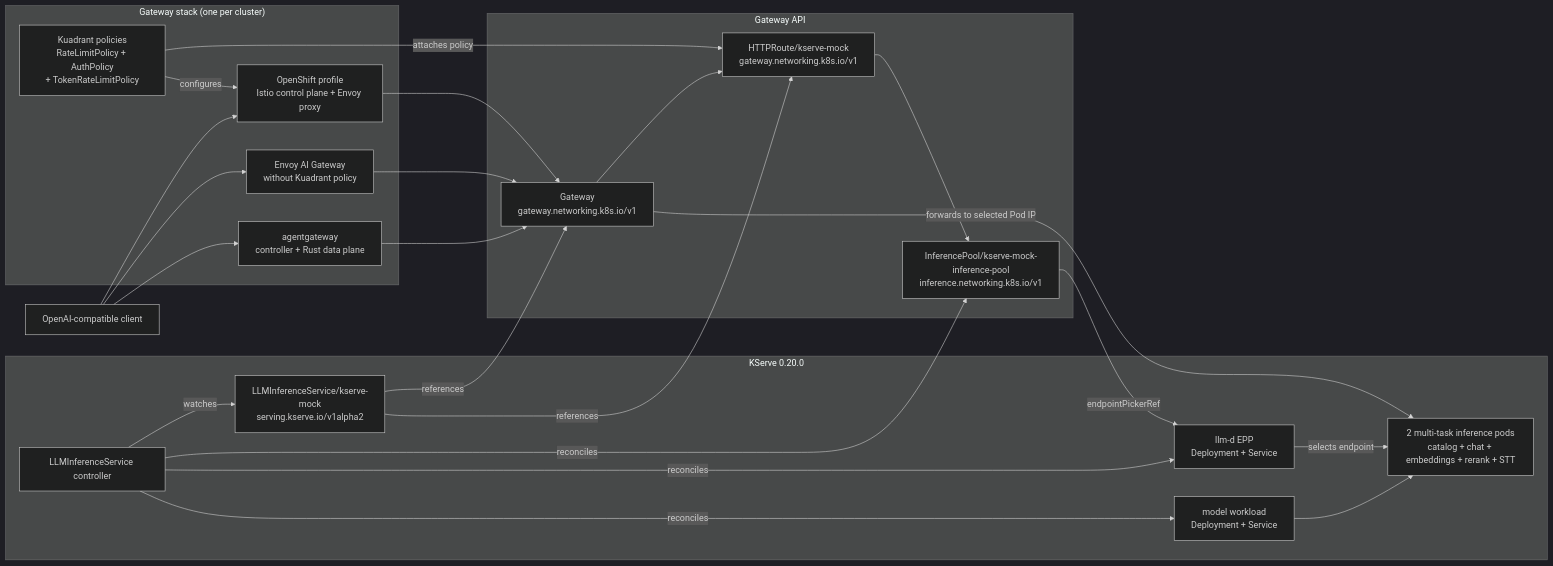
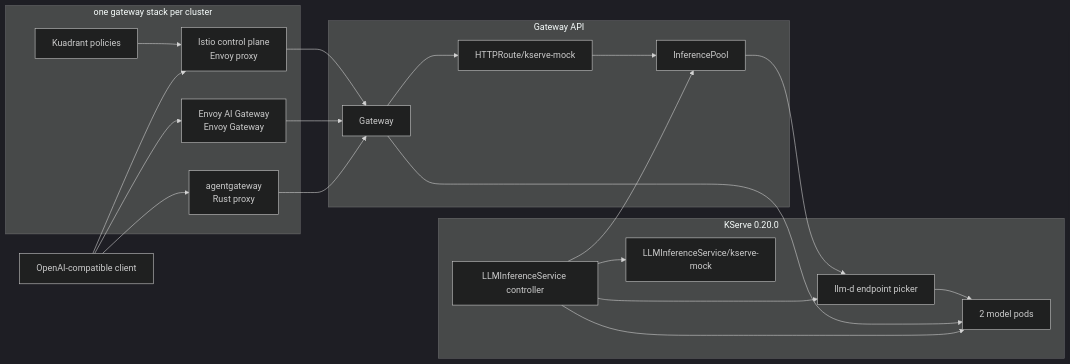
The diagram in README.md (nolimitkun/ai-gateway), drawn with Mermaid (dark theme) before and after one commit. The commit also changed other lines of this file and 4 other files, not shown here.

````diff
--- a/README.md
+++ b/README.md
@@ -524,47 +133,36 @@
 ```mermaid
 flowchart LR
   CLIENT["OpenAI-compatible client"]
 
-  subgraph Gateways["Gateway stack (one per cluster)"]
-    KU["Kuadrant policies<br/>RateLimitPolicy + AuthPolicy<br/>+ TokenRateLimitPolicy"]
-    KUOS["OpenShift profile<br/>Istio control plane + Envoy proxy"]
-    EAIG["Envoy AI Gateway<br/>without Kuadrant policy"]
-    AG["agentgateway<br/>controller + Rust data plane"]
+  subgraph Gateways["one gateway stack per cluster"]
+    KU["Kuadrant policies"] --> KUOS["Istio control plane<br/>Envoy proxy"]
+    EAIG["Envoy AI Gateway<br/>Envoy Gateway"]
+    AG["agentgateway<br/>Rust proxy"]
   end
 
   subgraph GatewayAPI["Gateway API"]
-    GW["Gateway<br/>gateway.networking.k8s.io/v1"]
-    ROUTE["HTTPRoute/kserve-mock<br/>gateway.networking.k8s.io/v1"]
-    POOL["InferencePool/kserve-mock-inference-pool<br/>inference.networking.k8s.io/v1"]
+    GW["Gateway"] --> ROUTE["HTTPRoute/kserve-mock"]
+    ROUTE --> POOL["InferencePool"]
   end
 
   subgraph KServe["KServe 0.20.0"]
     CTRL["LLMInferenceService controller"]
-    LLMISVC["LLMInferenceService/kserve-mock<br/>serving.kserve.io/v1alpha2"]
-    EPP["llm-d EPP<br/>Deployment + Service"]
-    WORKLOAD["model workload<br/>Deployment + Service"]
-    PODS["2 multi-task inference pods<br/>catalog + chat + embeddings + rerank + STT"]
+    LLMISVC["LLMInferenceService/kserve-mock"]
+    EPP["llm-d endpoint picker"]
+    PODS["2 model pods"]
   end
 
-  KU -->|attaches policy| ROUTE
-  KU -->|configures| KUOS
   CLIENT --> KUOS
   CLIENT --> EAIG
   CLIENT --> AG
   KUOS --> GW
   EAIG --> GW
   AG --> GW
-  GW --> ROUTE
-  ROUTE --> POOL
-  POOL -->|endpointPickerRef| EPP
-  EPP -->|selects endpoint| PODS
-  GW -->|forwards to selected Pod IP| PODS
-
-  CTRL -->|watches| LLMISVC
-  LLMISVC -->|references| GW
-  LLMISVC -->|references| ROUTE
-  CTRL -->|reconciles| POOL
-  CTRL -->|reconciles| EPP
-  CTRL -->|reconciles| WORKLOAD
-  WORKLOAD --> PODS
+  POOL --> EPP
+  EPP --> PODS
+  GW --> PODS
+  CTRL --> LLMISVC
+  CTRL --> POOL
+  CTRL --> EPP
+  CTRL --> PODS
 ```
````
